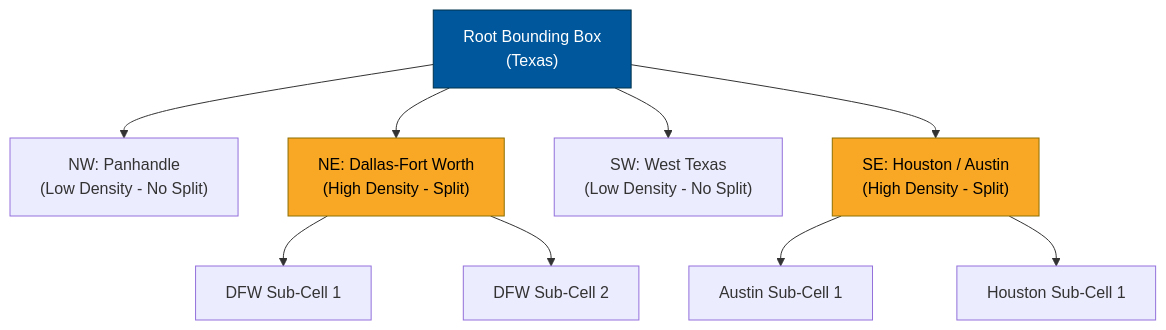
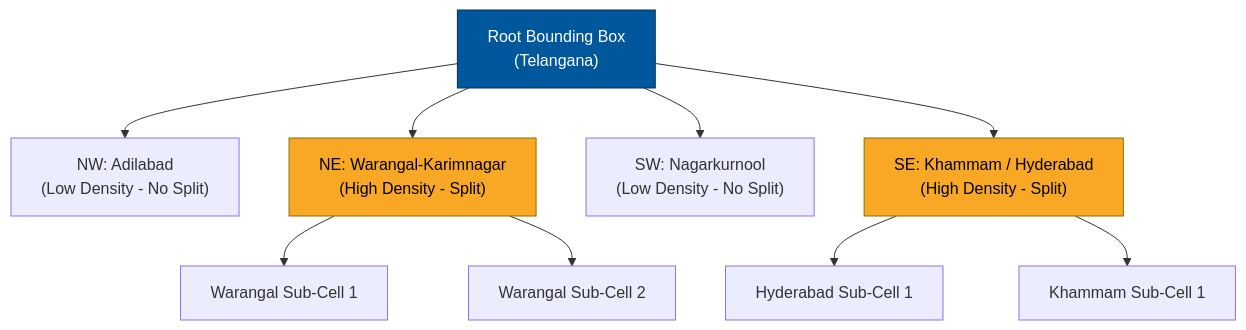
The sixth of 20 diagrams in system-design/HLD/0-course/28-Design Google Maps-FAANG-Guide-story.md (riyaz-pasha/Learnings), drawn with Mermaid before and after one commit. The commit also changed other lines of this file, not shown here.

First line of the commit message:
[HLD] Localize Google Maps story guide to Hyderabad/Telangana

````diff
--- a/system-design/HLD/0-course/28-Design Google Maps-FAANG-Guide-story.md
+++ b/system-design/HLD/0-course/28-Design Google Maps-FAANG-Guide-story.md
@@ -395,16 +395,16 @@
 ```mermaid
 flowchart TD
-    Root["Root Bounding Box<br/>(Texas)"] --> Q1["NW: Panhandle<br/>(Low Density - No Split)"]
-    Root --> Q2["NE: Dallas-Fort Worth<br/>(High Density - Split)"]
-    Root --> Q3["SW: West Texas<br/>(Low Density - No Split)"]
-    Root --> Q4["SE: Houston / Austin<br/>(High Density - Split)"]
+    Root["Root Bounding Box<br/>(Telangana)"] --> Q1["NW: Adilabad<br/>(Low Density - No Split)"]
+    Root --> Q2["NE: Warangal-Karimnagar<br/>(High Density - Split)"]
+    Root --> Q3["SW: Nagarkurnool<br/>(Low Density - No Split)"]
+    Root --> Q4["SE: Khammam / Hyderabad<br/>(High Density - Split)"]
 
-    Q2 --> Q2_1["DFW Sub-Cell 1"]
-    Q2 --> Q2_2["DFW Sub-Cell 2"]
-    Q4 --> Q4_1["Austin Sub-Cell 1"]
-    Q4 --> Q4_2["Houston Sub-Cell 1"]
+    Q2 --> Q2_1["Warangal Sub-Cell 1"]
+    Q2 --> Q2_2["Warangal Sub-Cell 2"]
+    Q4 --> Q4_1["Hyderabad Sub-Cell 1"]
+    Q4 --> Q4_2["Khammam Sub-Cell 1"]
 
     style Root fill:#01579b,stroke:#00324d,color:#ffffff
     style Q2 fill:#f9a825,stroke:#8d6e00,color:#000000
     style Q4 fill:#f9a825,stroke:#8d6e00,color:#000000
 ```
````
